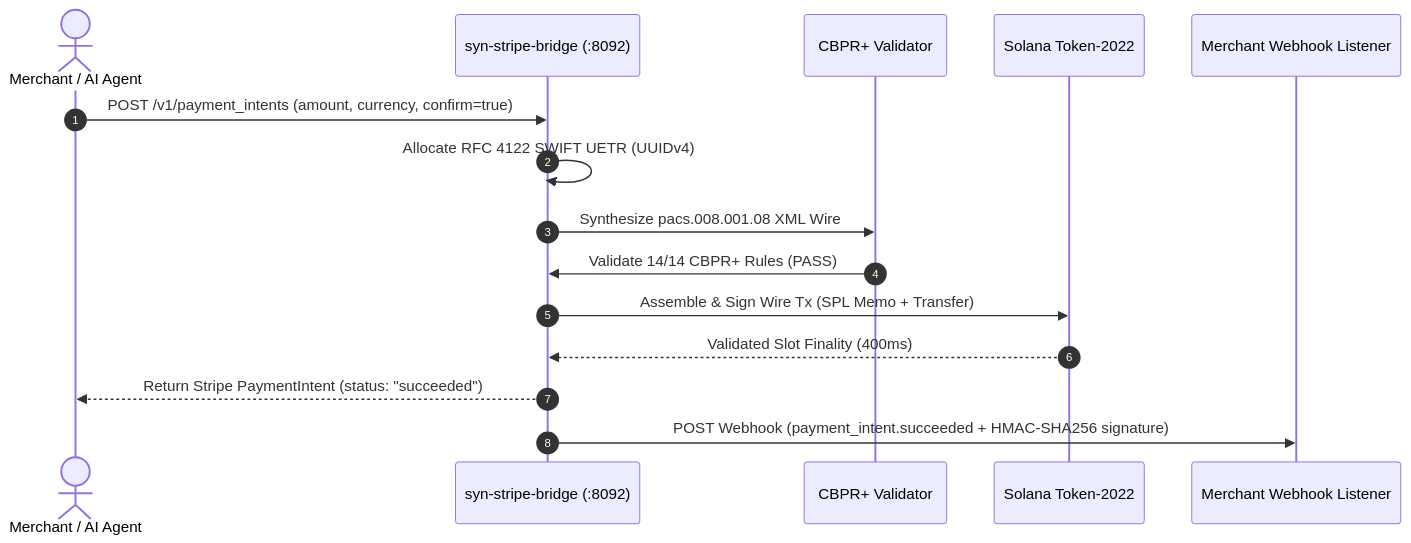
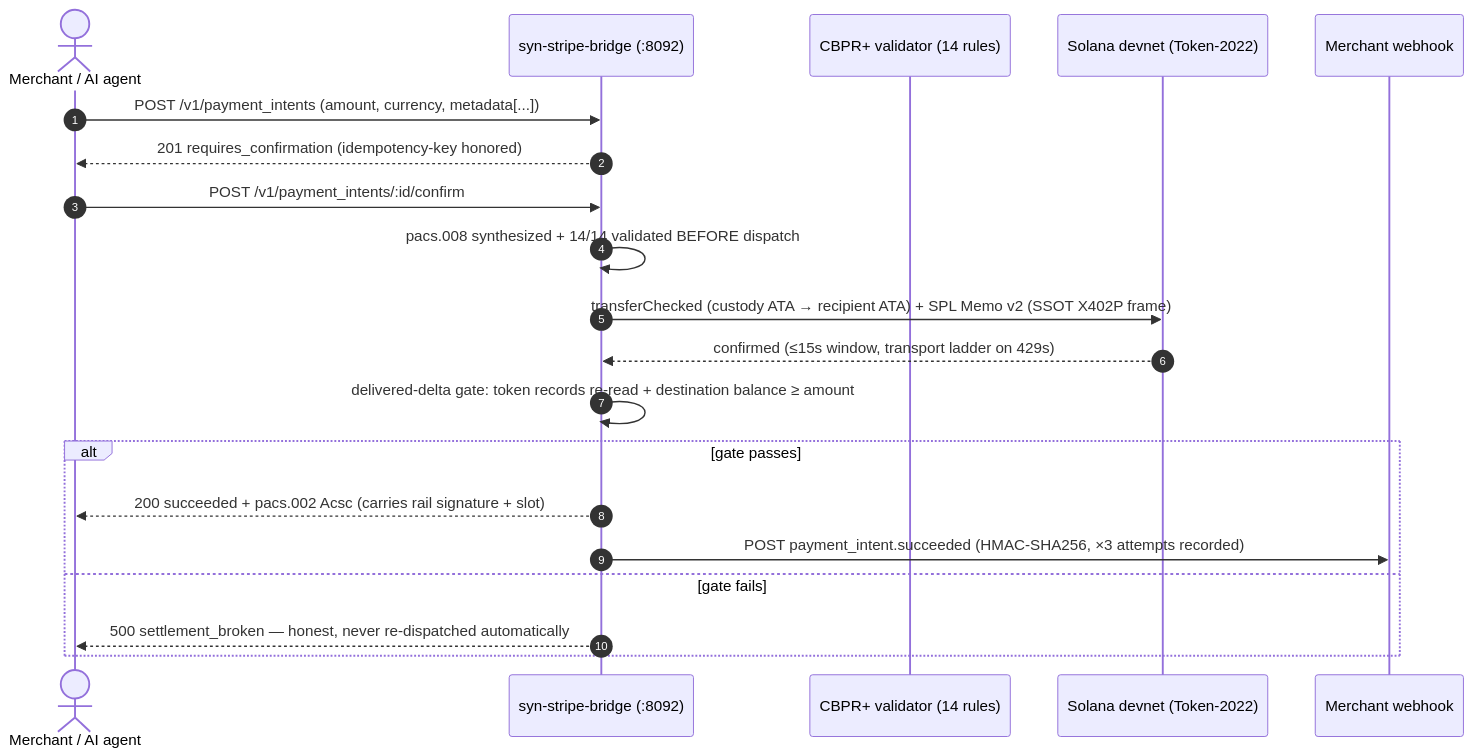
One commit to Synaptics-Lab/syn-stripe-bridge changed the diagram in README.md. Above: the diagram before and after it, drawn with Mermaid. The commit also changed other lines of this file and 17 other files, not shown here.

First line of the commit message:
feat(bridge): v0.2 honest settlement core — F1-F9 closed

````diff
--- a/README.md
+++ b/README.md
@@ -135,18 +146,23 @@
 ```mermaid
 sequenceDiagram
     autonumber
-    actor Merchant as Merchant / AI Agent
-    participant Bridge as syn-stripe-bridge (:8092)
-    participant ISO as CBPR+ Validator
-    participant Solana as Solana Token-2022
-    participant Webhook as Merchant Webhook Listener
+    actor M as Merchant / AI agent
+    participant B as syn-stripe-bridge (:8092)
+    participant V as CBPR+ validator (14 rules)
+    participant S as Solana devnet (Token-2022)
+    participant W as Merchant webhook
 
-    Merchant->>Bridge: POST /v1/payment_intents (amount, currency, confirm=true)
-    Bridge->>Bridge: Allocate RFC 4122 SWIFT UETR (UUIDv4)
-    Bridge->>ISO: Synthesize pacs.008.001.08 XML Wire
-    ISO->>Bridge: Validate 14/14 CBPR+ Rules (PASS)
-    Bridge->>Solana: Assemble & Sign Wire Tx (SPL Memo + Transfer)
-    Solana-->>Bridge: Validated Slot Finality (400ms)
-    Bridge-->>Merchant: Return Stripe PaymentIntent (status: "succeeded")
-    Bridge->>Webhook: POST Webhook (payment_intent.succeeded + HMAC-SHA256 signature)
+    M->>B: POST /v1/payment_intents (amount, currency, metadata[...])
+    B-->>M: 201 requires_confirmation (idempotency-key honored)
+    M->>B: POST /v1/payment_intents/:id/confirm
+    B->>B: pacs.008 synthesized + 14/14 validated BEFORE dispatch
+    B->>S: transferChecked (custody ATA → recipient ATA) + SPL Memo v2 (SSOT X402P frame)
+    S-->>B: confirmed (≤15s window, transport ladder on 429s)
+    B->>B: delivered-delta gate: token records re-read + destination balance ≥ amount
+    alt gate passes
+        B-->>M: 200 succeeded + pacs.002 Acsc (carries rail signature + slot)
+        B->>W: POST payment_intent.succeeded (HMAC-SHA256, ×3 attempts recorded)
+    else gate fails
+        B-->>M: 500 settlement_broken — honest, never re-dispatched automatically
+    end
 ```
````
